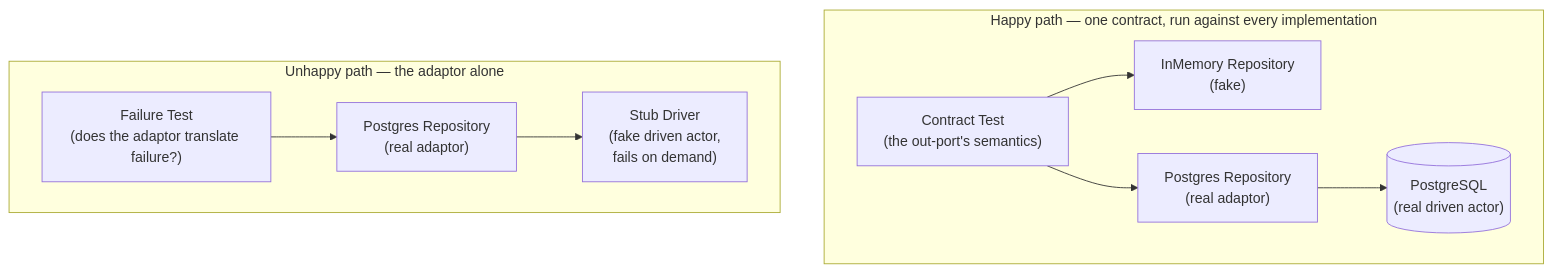
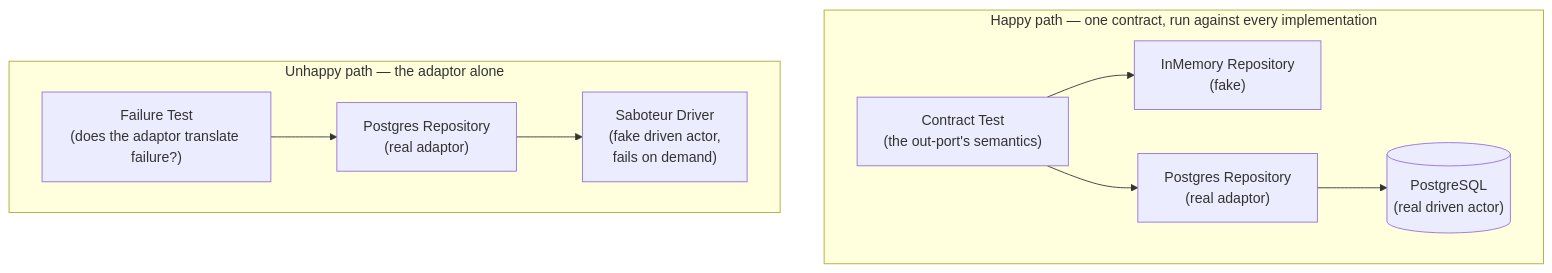
One commit to gypsydave5/gypsydave5.github.io changed the first of 3 diagrams in drafts/how-do-you-test-an-out-port.md. Above: the diagram before and after it, drawn with Mermaid. The commit also changed other lines of this file, not shown here.

````diff
--- a/drafts/how-do-you-test-an-out-port.md
+++ b/drafts/how-do-you-test-an-out-port.md
@@ -207,15 +241,15 @@
 ```mermaid
 flowchart TD
     subgraph Happy["Happy path — one contract, run against every implementation"]
         Contract["Contract Test<br>(the out-port's semantics)"]
         Contract --> InMem["InMemory Repository<br>(fake)"]
         Contract --> PGRepo["Postgres Repository<br>(real adaptor)"]
         PGRepo --> PG[("PostgreSQL<br>(real driven actor)")]
     end
 
     subgraph Sad["Unhappy path — the adaptor alone"]
         Failure["Failure Test<br>(does the adaptor translate failure?)"]
         Failure --> PGRepo2["Postgres Repository<br>(real adaptor)"]
-        PGRepo2 --> Stub["Stub Driver<br>(fake driven actor,<br>fails on demand)"]
+        PGRepo2 --> Sab["Saboteur Driver<br>(fake driven actor,<br>fails on demand)"]
     end
 ```
````
